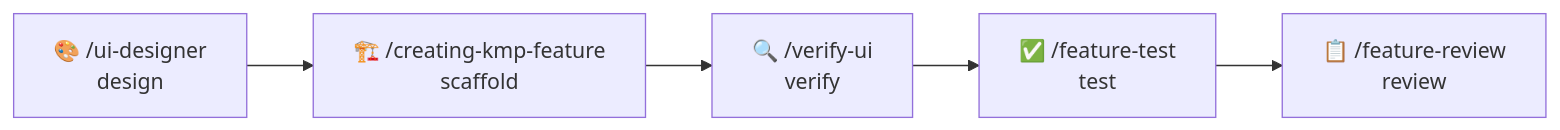
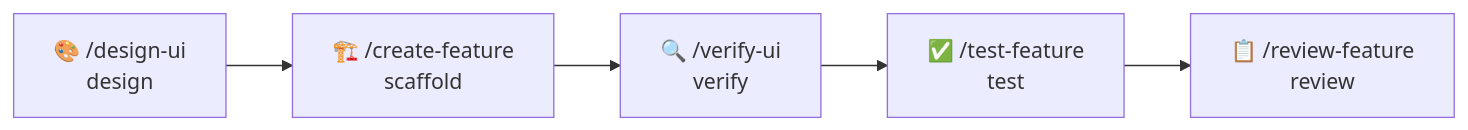
Before and after one commit to Saroj-Maharjan/KMPilot: the diagram in README.md, drawn with Mermaid. The commit also changed other lines of this file and 88 other files, not shown here.

````diff
--- a/README.md
+++ b/README.md
@@ -90,7 +90,7 @@
 ```mermaid
 graph LR
-  A["🎨 /ui-designer<br/>design"] --> B["🏗️ /creating-kmp-feature<br/>scaffold"]
+  A["🎨 /design-ui<br/>design"] --> B["🏗️ /create-feature<br/>scaffold"]
   B --> C["🔍 /verify-ui<br/>verify"]
-  C --> D["✅ /feature-test<br/>test"]
-  D --> E["📋 /feature-review<br/>review"]
+  C --> D["✅ /test-feature<br/>test"]
+  D --> E["📋 /review-feature<br/>review"]
 ```
````
